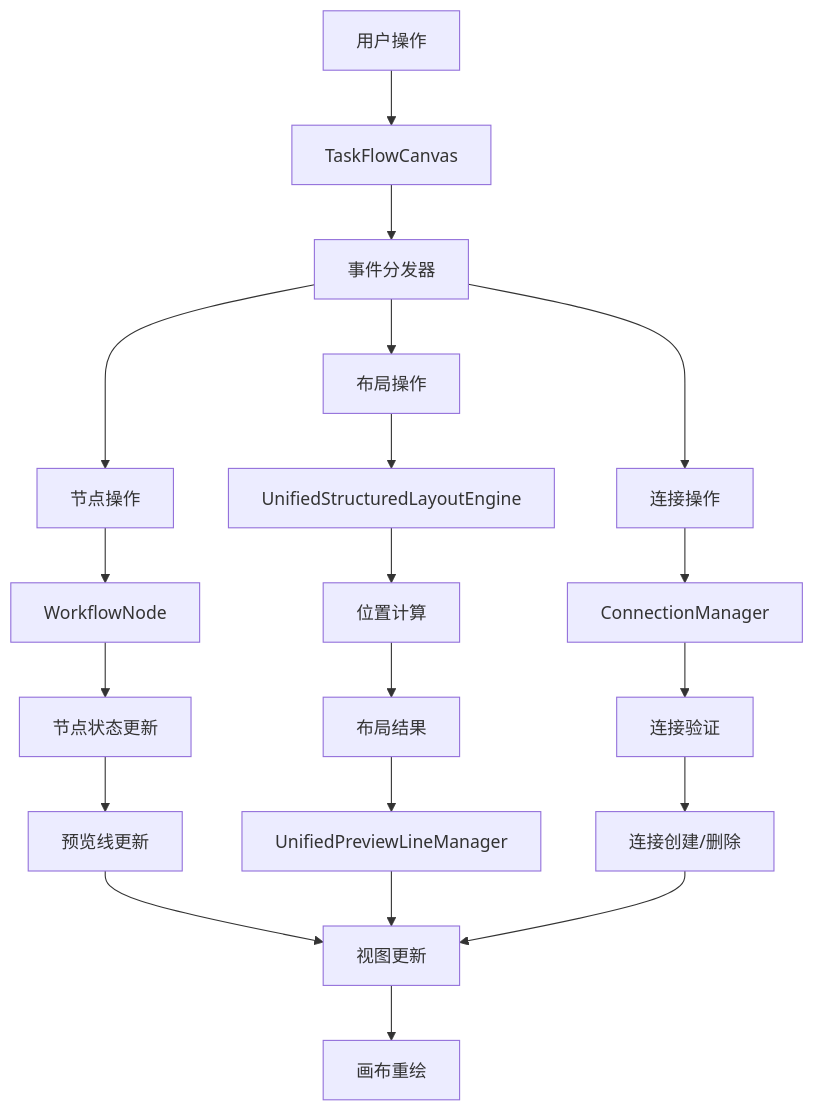
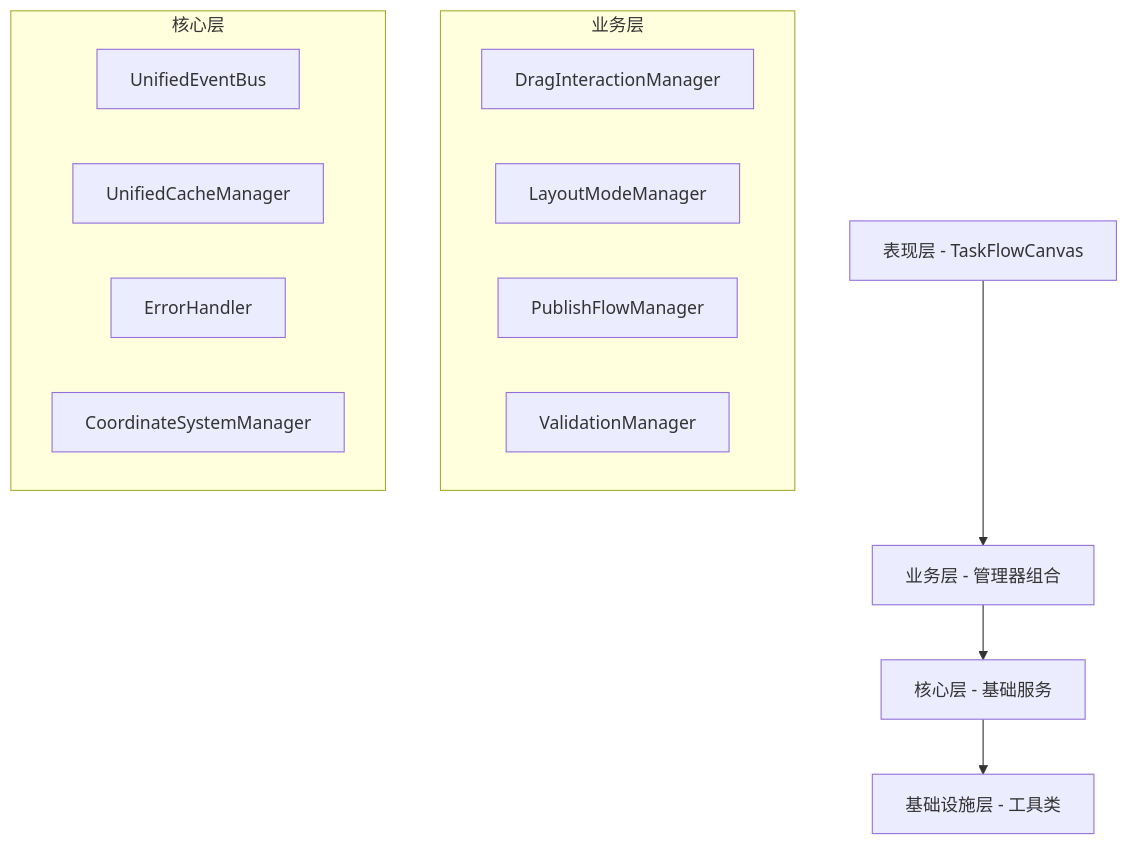
The diagram in .trae/documents/营销画布代码优化评估报告.md (wenbo0527/data_community), drawn with Mermaid before and after one commit. The commit also changed other lines of this file and 150 other files, not shown here.

````diff
--- a/.trae/documents/营销画布代码优化评估报告.md
+++ b/.trae/documents/营销画布代码优化评估报告.md
@@ -471,27 +112,20 @@
 ```mermaid
 graph TD
-    A[用户操作] --> B[TaskFlowCanvas]
-    B --> C[事件分发器]
+    A[表现层 - TaskFlowCanvas] --> B[业务层 - 管理器组合]
+    B --> C[核心层 - 基础服务]
+    C --> D[基础设施层 - 工具类]
     
-    C --> D[节点操作]
-    C --> E[布局操作]
-    C --> F[连接操作]
+    subgraph "业务层"
+        E[DragInteractionManager]
+        F[LayoutModeManager]
+        G[PublishFlowManager]
+        H[ValidationManager]
+    end
     
-    D --> G[WorkflowNode]
-    G --> H[节点状态更新]
-    H --> I[预览线更新]
-    
-    E --> J[UnifiedStructuredLayoutEngine]
-    J --> K[位置计算]
-    K --> L[布局结果]
-    L --> M[UnifiedPreviewLineManager]
-    
-    F --> N[ConnectionManager]
-    N --> O[连接验证]
-    O --> P[连接创建/删除]
-    
-    I --> Q[视图更新]
-    M --> Q
-    P --> Q
-    Q --> R[画布重绘]
+    subgraph "核心层"
+        I[UnifiedEventBus]
+        J[UnifiedCacheManager]
+        K[ErrorHandler]
+        L[CoordinateSystemManager]
+    end
 ```
````
